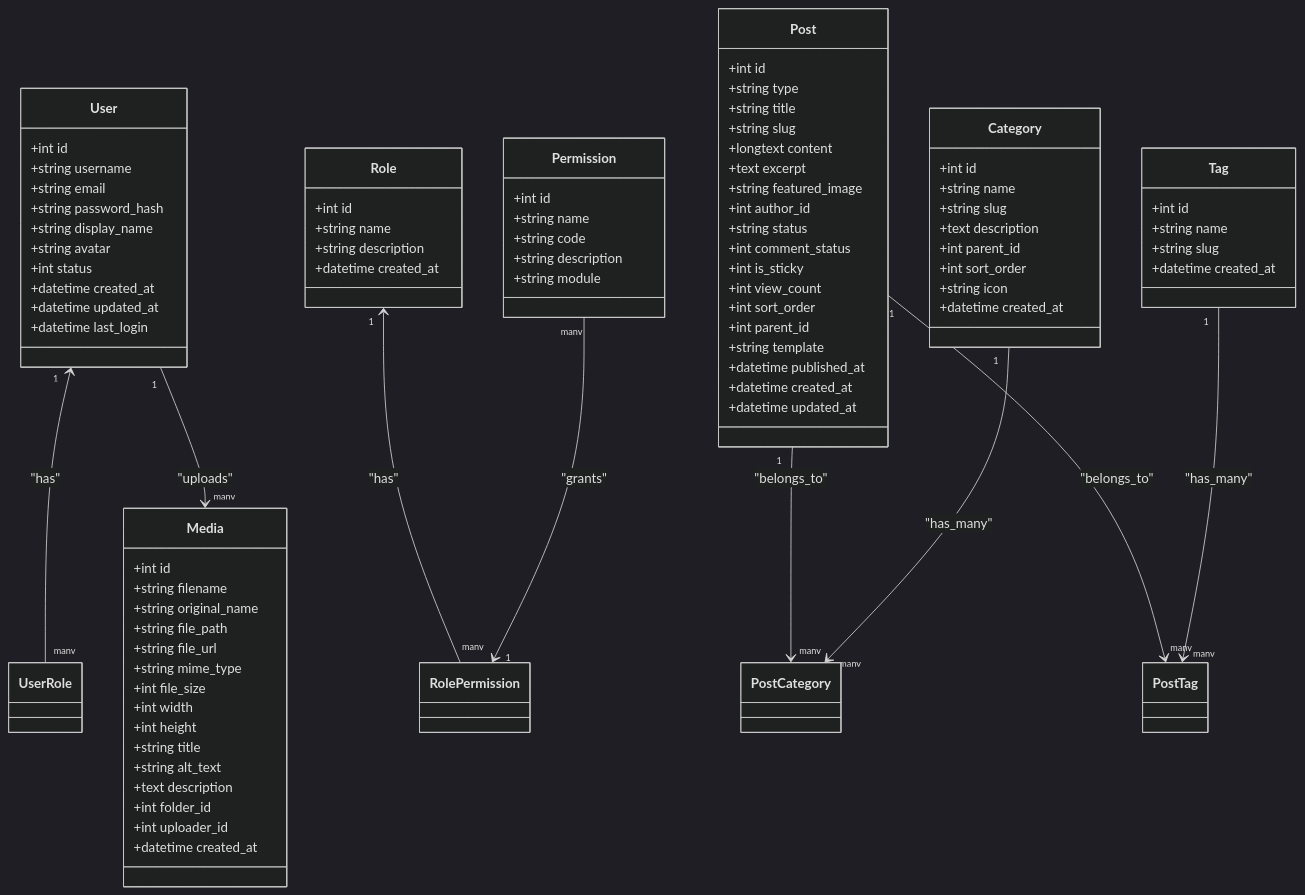
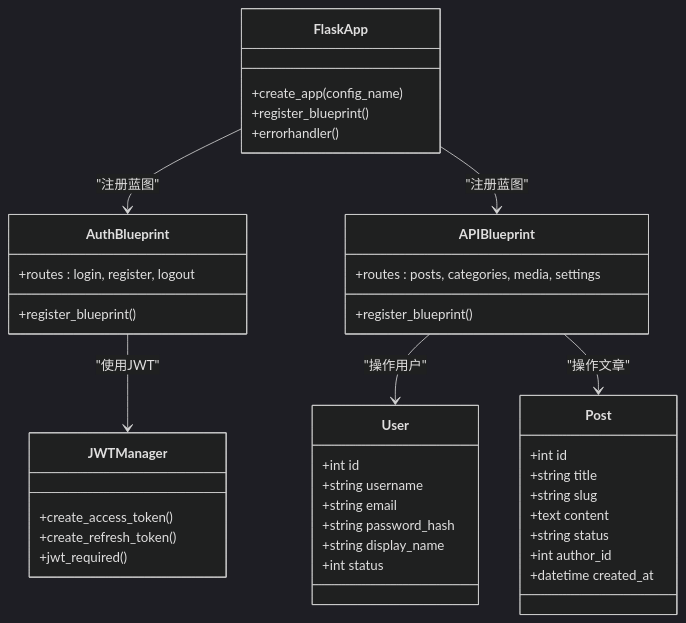
The fourth of 6 diagrams in .qoder/repowiki/zh/content/技术架构设计/技术架构设计.md (wyg5208/website_diy), drawn with Mermaid (dark theme) before and after one commit. The commit also changed other lines of this file and 43 other files, not shown here.

````diff
--- a/.qoder/repowiki/zh/content/技术架构设计/技术架构设计.md
+++ b/.qoder/repowiki/zh/content/技术架构设计/技术架构设计.md
@@ -174,89 +205,43 @@
 ```mermaid
 classDiagram
+class FlaskApp {
++create_app(config_name)
++register_blueprint()
++errorhandler()
+}
+class AuthBlueprint {
++register_blueprint()
++routes : login, register, logout
+}
+class APIBlueprint {
++register_blueprint()
++routes : posts, categories, media, settings
+}
 class User {
 +int id
 +string username
 +string email
 +string password_hash
 +string display_name
-+string avatar
 +int status
-+datetime created_at
-+datetime updated_at
-+datetime last_login
-}
-class Role {
-+int id
-+string name
-+string description
-+datetime created_at
-}
-class Permission {
-+int id
-+string name
-+string code
-+string description
-+string module
 }
 class Post {
 +int id
-+string type
 +string title
 +string slug
-+longtext content
-+text excerpt
-+string featured_image
++text content
++string status
 +int author_id
-+string status
-+int comment_status
-+int is_sticky
-+int view_count
-+int sort_order
-+int parent_id
-+string template
-+datetime published_at
-+datetime created_at
-+datetime updated_at
-}
-class Category {
-+int id
-+string name
-+string slug
-+text description
-+int parent_id
-+int sort_order
-+string icon
 +datetime created_at
 }
-class Tag {
-+int id
-+string name
-+string slug
-+datetime created_at
+class JWTManager {
++create_access_token()
++create_refresh_token()
++jwt_required()
 }
-class Media {
-+int id
-+string filename
-+string original_name
-+string file_path
-+string file_url
-+string mime_type
-+int file_size
-+int width
-+int height
-+string title
-+string alt_text
-+text description
-+int folder_id
-+int uploader_id
-+datetime created_at
-}
-User "1" <-- "many" UserRole : "has"
-Role "1" <-- "many" RolePermission : "has"
-Permission "many" --> "1" RolePermission : "grants"
-Post "1" --> "many" PostCategory : "belongs_to"
-Category "1" --> "many" PostCategory : "has_many"
-Post "1" --> "many" PostTag : "belongs_to"
-Tag "1" --> "many" PostTag : "has_many"
-User "1" --> "many" Media : "uploads"
+FlaskApp --> AuthBlueprint : "注册蓝图"
+FlaskApp --> APIBlueprint : "注册蓝图"
+AuthBlueprint --> JWTManager : "使用JWT"
+APIBlueprint --> User : "操作用户"
+APIBlueprint --> Post : "操作文章"
 ```
````
